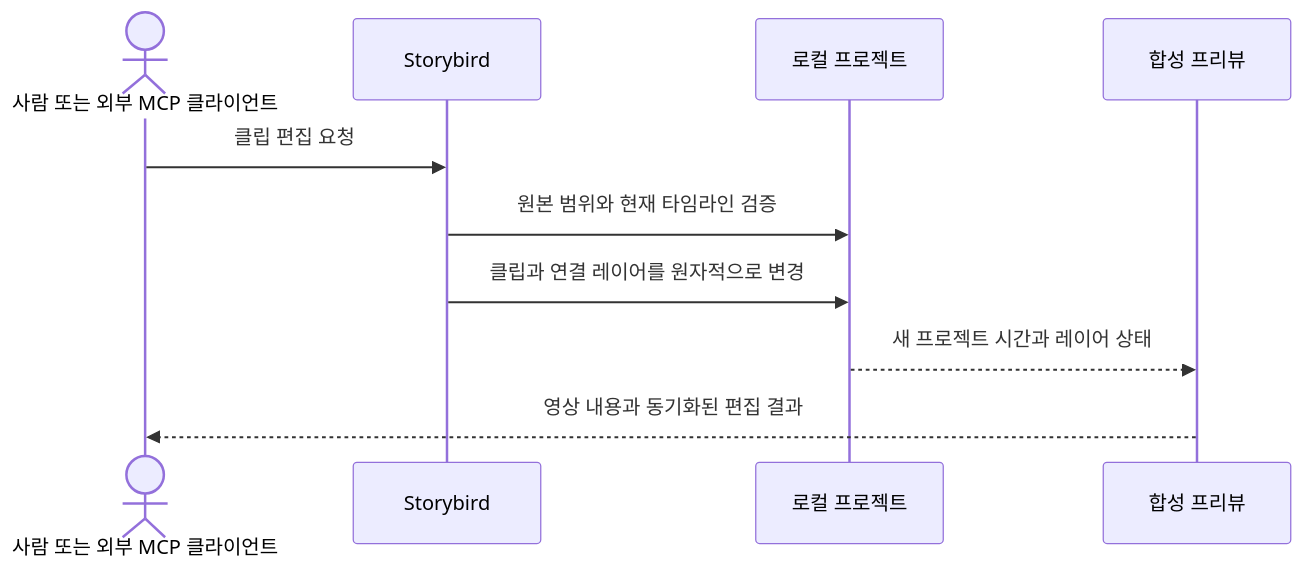
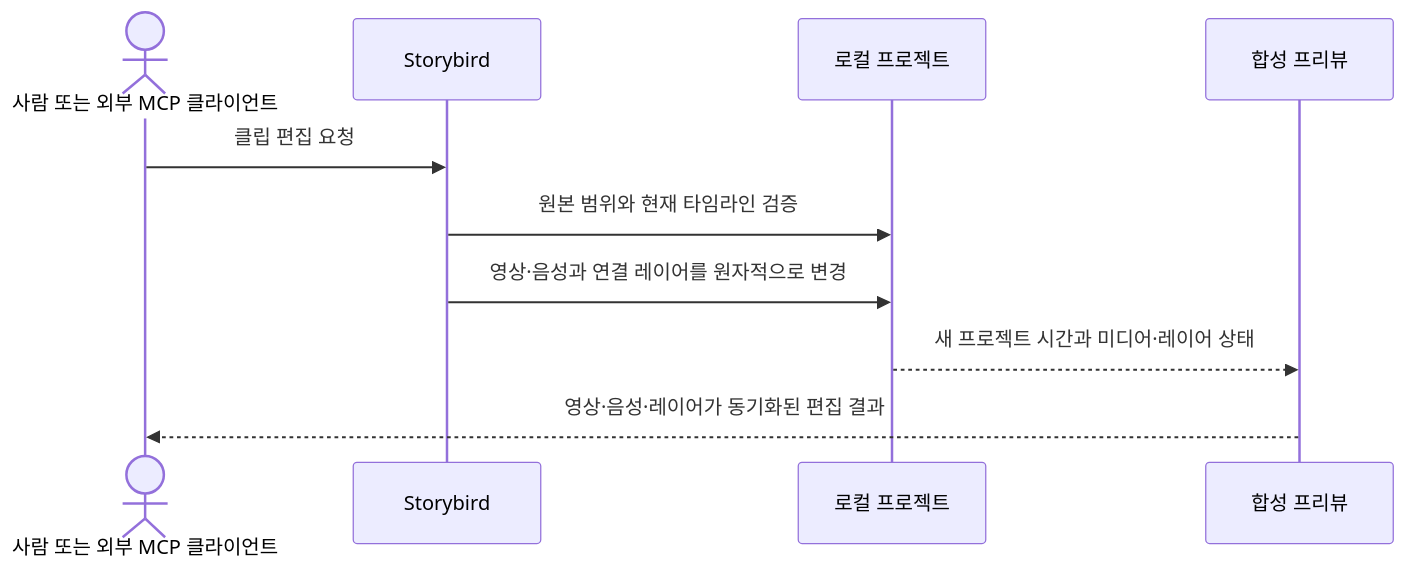
The diagram in docs/adr/timeline-editing/0001-non-destructive-clip-timeline.md (haandol/storybird), drawn with Mermaid before and after one commit. The commit also changed other lines of this file and 49 other files, not shown here.

````diff
--- a/docs/adr/timeline-editing/0001-non-destructive-clip-timeline.md
+++ b/docs/adr/timeline-editing/0001-non-destructive-clip-timeline.md
@@ -107,13 +138,13 @@
 ```mermaid
 sequenceDiagram
     actor Editor as 사람 또는 외부 MCP 클라이언트
     participant Storybird
     participant Project as 로컬 프로젝트
     participant Preview as 합성 프리뷰
 
     Editor->>Storybird: 클립 편집 요청
     Storybird->>Project: 원본 범위와 현재 타임라인 검증
-    Storybird->>Project: 클립과 연결 레이어를 원자적으로 변경
-    Project-->>Preview: 새 프로젝트 시간과 레이어 상태
-    Preview-->>Editor: 영상 내용과 동기화된 편집 결과
+    Storybird->>Project: 영상·음성과 연결 레이어를 원자적으로 변경
+    Project-->>Preview: 새 프로젝트 시간과 미디어·레이어 상태
+    Preview-->>Editor: 영상·음성·레이어가 동기화된 편집 결과
 ```
````
